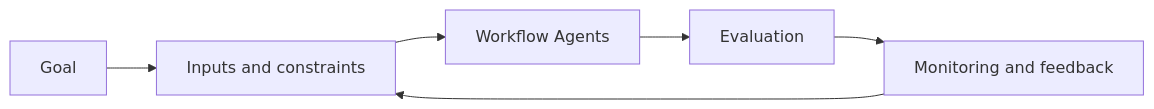
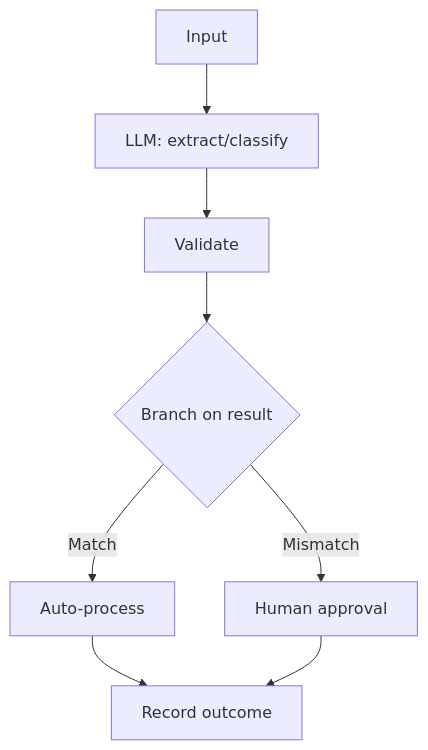
Before and after one commit to Icon1cc/Machine-Learning: the diagram in agents/08-workflow-agents.md, drawn with Mermaid. The commit also changed other lines of this file and 118 other files, not shown here.

````diff
--- a/agents/08-workflow-agents.md
+++ b/agents/08-workflow-agents.md
@@ -93,8 +70,10 @@
 ```mermaid
-flowchart LR
-    A[Goal] --> B[Inputs and constraints]
-    B --> C[Workflow Agents]
-    C --> D[Evaluation]
-    D --> E[Monitoring and feedback]
-    E --> B
+flowchart TD
+    A[Input] --> B[LLM: extract/classify]
+    B --> C[Validate]
+    C --> D{Branch on result}
+    D -- Match --> E[Auto-process]
+    D -- Mismatch --> F[Human approval]
+    E --> G[Record outcome]
+    F --> G
 ```
````
